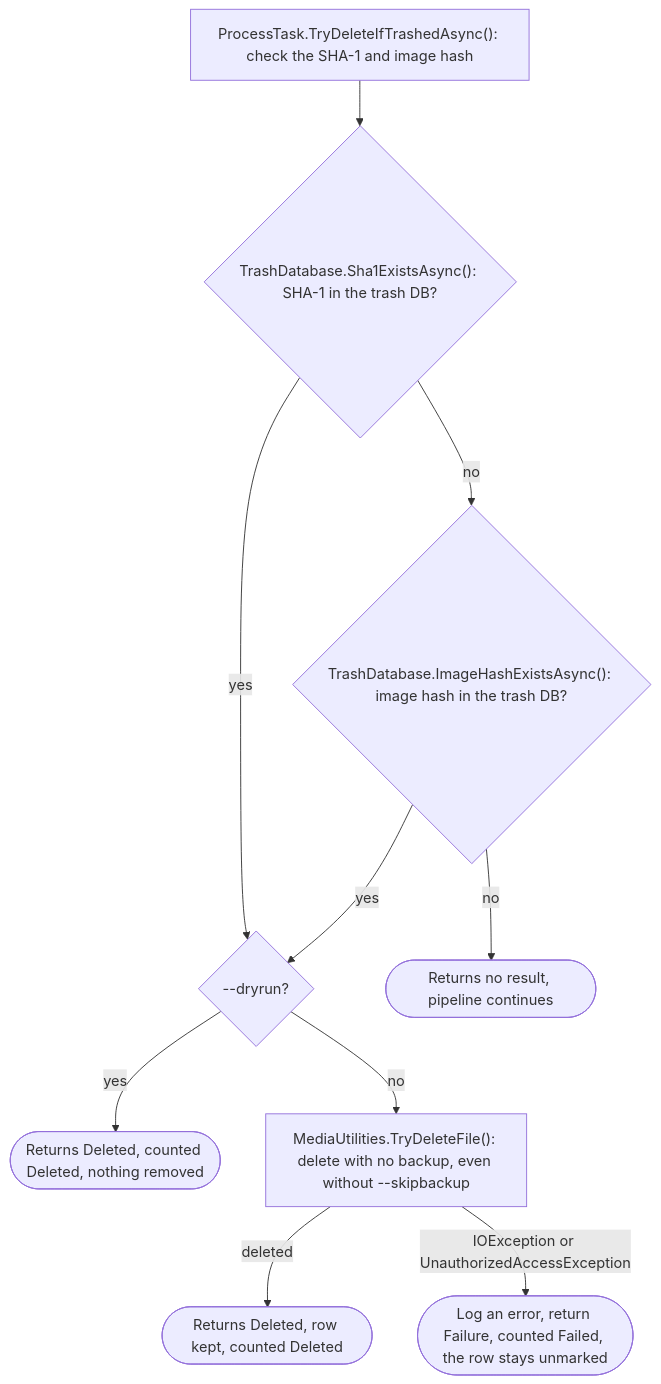
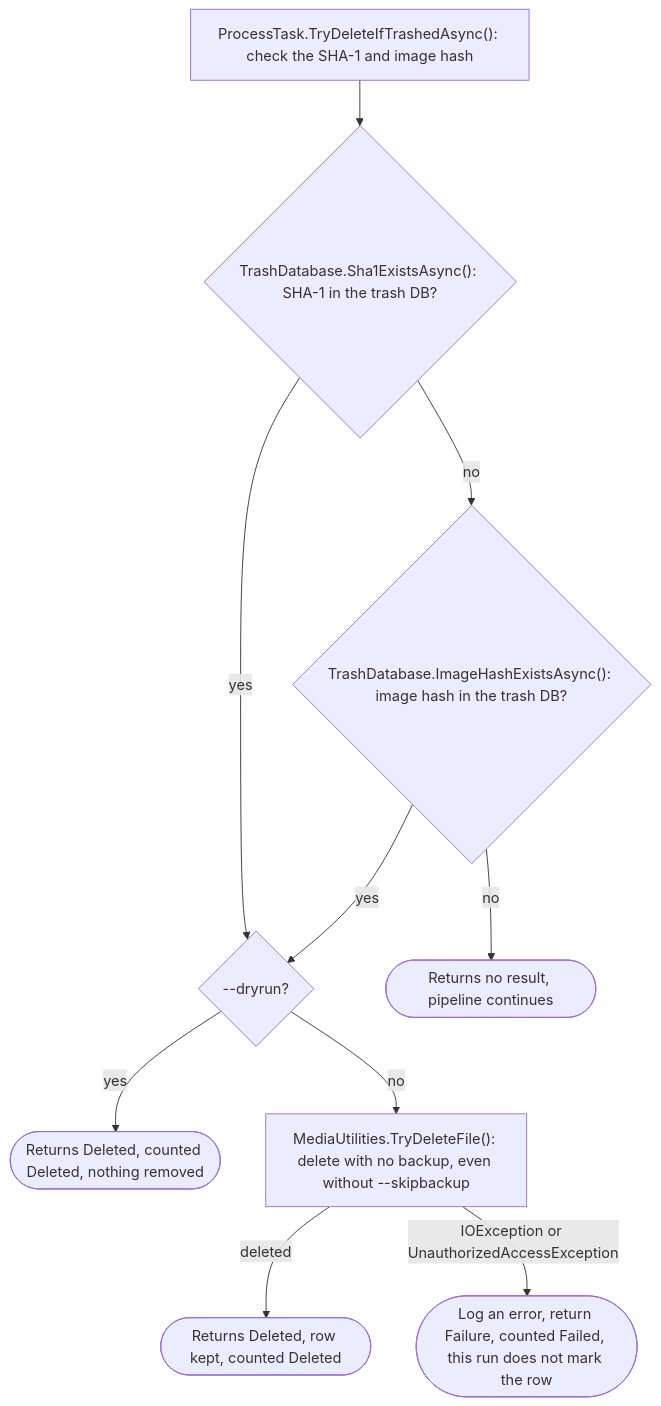
The fifth of 23 diagrams in ARCHITECTURE.md (ptr727/PhotoCleaner), drawn with Mermaid before and after one commit. The commit also changed other lines of this file and 1 other file, not shown here.

Commit message:
Pin the Dry Run Mark and State What a Failed Trash Delete Leaves
A dry run with a database that would rename a file now has a test. It
counts Modified and leaves the row unmarked.

The failed trash delete test uses the guard the undo tests already use, so
it also runs on macOS. ARCHITECTURE.md says this run does not mark the
row, which holds for a row an earlier run already marked.

````diff
--- a/ARCHITECTURE.md
+++ b/ARCHITECTURE.md
@@ -360,23 +360,23 @@
 ```mermaid
 flowchart TD
   start["ProcessTask.TryDeleteIfTrashedAsync(): check the SHA-1 and image hash"]
   sha{"TrashDatabase.Sha1ExistsAsync(): SHA-1 in the trash DB?"}
   img{"TrashDatabase.ImageHashExistsAsync(): image hash in the trash DB?"}
   keep(["Returns no result, pipeline continues"])
   dry{"--dryrun?"}
   dryDel(["Returns Deleted, counted Deleted, nothing removed"])
   del["MediaUtilities.TryDeleteFile(): delete with no backup, even without --skipbackup"]
   delOk(["Returns Deleted, row kept, counted Deleted"])
-  delFail(["Log an error, return Failure, counted Failed, the row stays unmarked"])
+  delFail(["Log an error, return Failure, counted Failed, this run does not mark the row"])
 
   start --> sha
   sha -->|"yes"| dry
   sha -->|"no"| img
   img -->|"yes"| dry
   img -->|"no"| keep
   dry -->|"yes"| dryDel
   dry -->|"no"| del
   del -->|"deleted"| delOk
   del -->|"IOException or UnauthorizedAccessException"| delFail
   classDef suspect stroke:#c00,stroke-width:2px,stroke-dasharray:5 3
 ```
````
